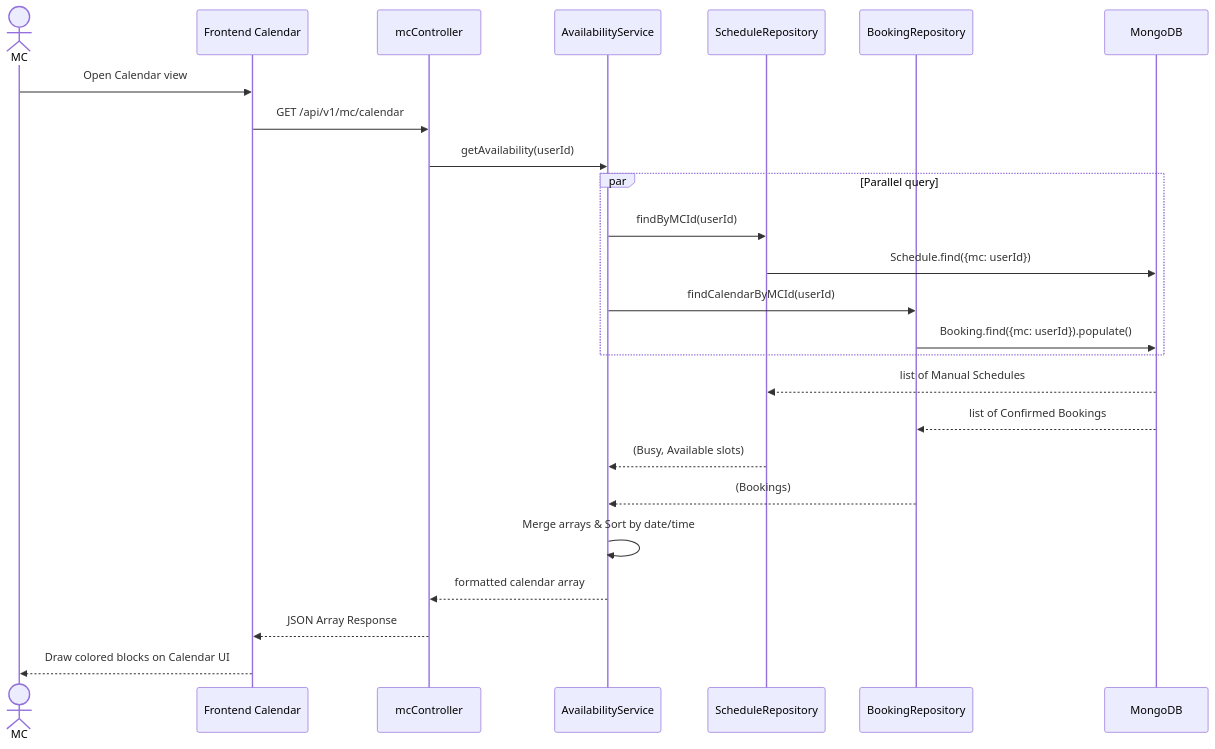
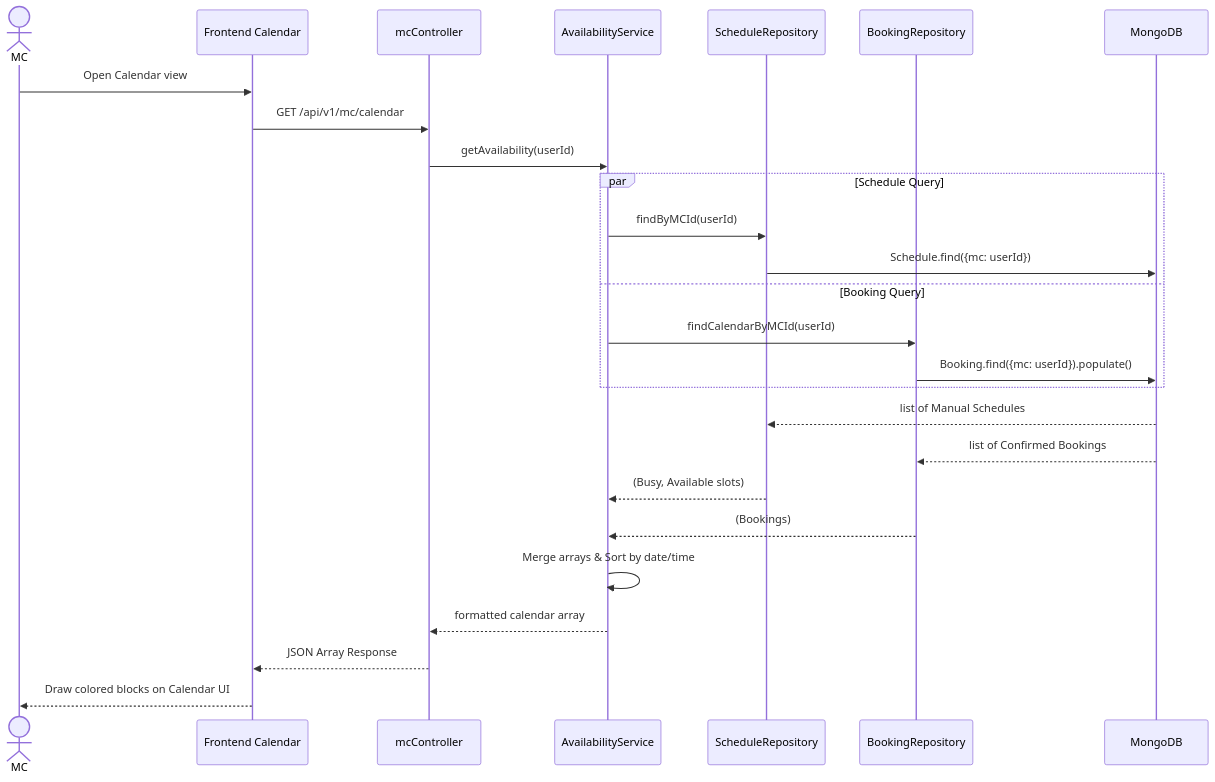
Before and after one commit to dat-21/SWD392: the tenth of 40 diagrams in UC_Backend_Design_Details.md, drawn with Mermaid. The commit also changed other lines of this file, not shown here.

Commit message:
docs: Add comprehensive design details and diagrams for the dispute resolution feature.

````diff
--- a/UC_Backend_Design_Details.md
+++ b/UC_Backend_Design_Details.md
@@ -223,30 +223,31 @@
 ```mermaid
 sequenceDiagram
     actor MC
     participant FE as Frontend Calendar
     participant Ctrl as mcController
     participant AvailSvc as AvailabilityService
     participant SRepo as ScheduleRepository
     participant BRepo as BookingRepository
     participant DB as MongoDB
 
     MC->>FE: Open Calendar view
     FE->>Ctrl: GET /api/v1/mc/calendar
     Ctrl->>AvailSvc: getAvailability(userId)
     
-    par Parallel query
+    par Schedule Query
         AvailSvc->>SRepo: findByMCId(userId)
         SRepo->>DB: Schedule.find({mc: userId})
+    and Booking Query
         AvailSvc->>BRepo: findCalendarByMCId(userId)
         BRepo->>DB: Booking.find({mc: userId}).populate()
     end
     
     DB-->>SRepo: list of Manual Schedules
     DB-->>BRepo: list of Confirmed Bookings
     SRepo-->>AvailSvc: (Busy, Available slots)
     BRepo-->>AvailSvc: (Bookings)
     AvailSvc->>AvailSvc: Merge arrays & Sort by date/time
     AvailSvc-->>Ctrl: formatted calendar array
     Ctrl-->>FE: JSON Array Response
     FE-->>MC: Draw colored blocks on Calendar UI
 ```
````
